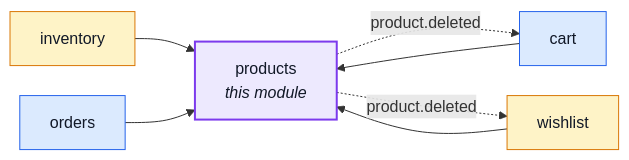
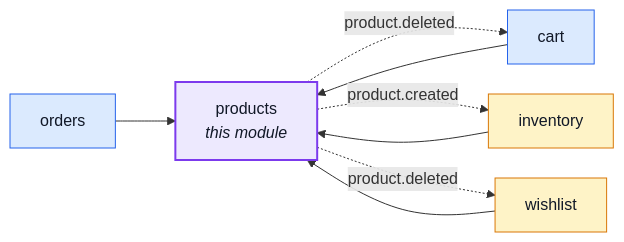
Before and after one commit to Guebbit/boilerplate-node-backend: the first of 2 diagrams in docs/modules/products.md, drawn with Mermaid. The commit also changed 51 other files, not shown here.

````diff
--- a/docs/modules/products.md
+++ b/docs/modules/products.md
@@ -16,24 +16,25 @@
 ```mermaid
 %%{init: {'flowchart': {'nodeSpacing': 30, 'rankSpacing': 60}}}%%
 flowchart LR
     products["products<br/><i>this module</i>"]
     cart["cart"]
     inventory["inventory"]
     orders["orders"]
     wishlist["wishlist"]
 
     cart --> products
     inventory --> products
     orders --> products
     wishlist --> products
     products -. "product.deleted" .-> cart
+    products -. "product.created" .-> inventory
     products -. "product.deleted" .-> wishlist
 
     classDef core fill:#dbeafe,stroke:#2563eb,color:#111827;
     classDef supporting fill:#fef3c7,stroke:#d97706,color:#111827;
     classDef generic fill:#dcfce7,stroke:#16a34a,color:#111827;
     classDef centre fill:#ede9fe,stroke:#7c3aed,stroke-width:2px,color:#111827;
     class cart,orders core;
     class inventory,wishlist supporting;
     class products centre;
 ```
````
